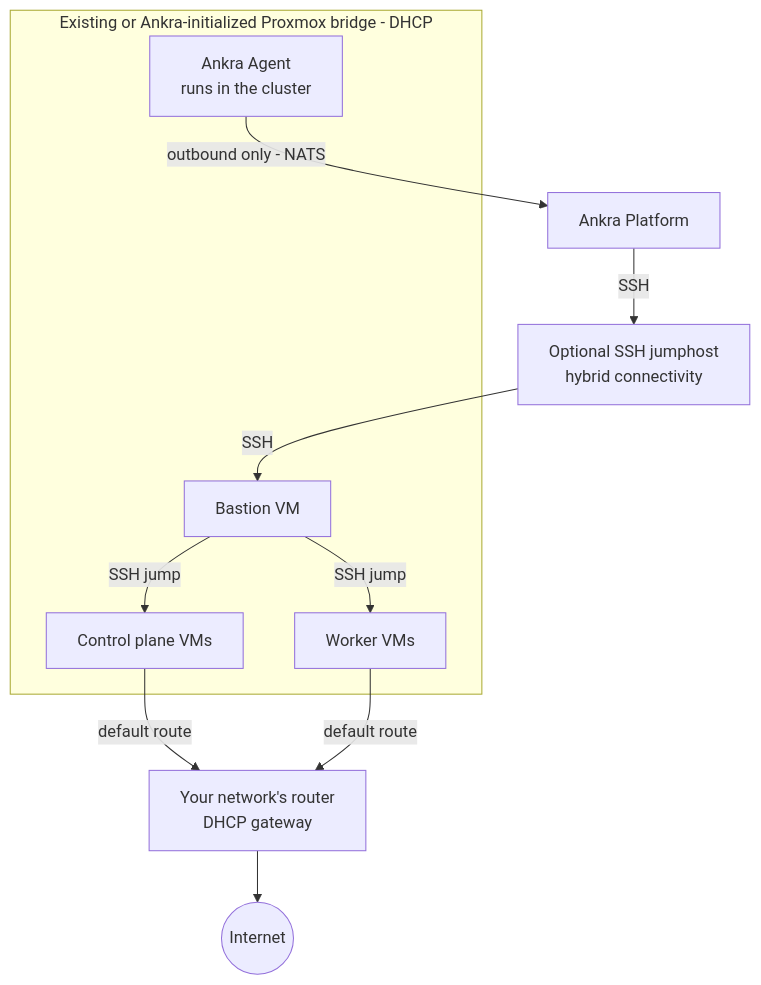
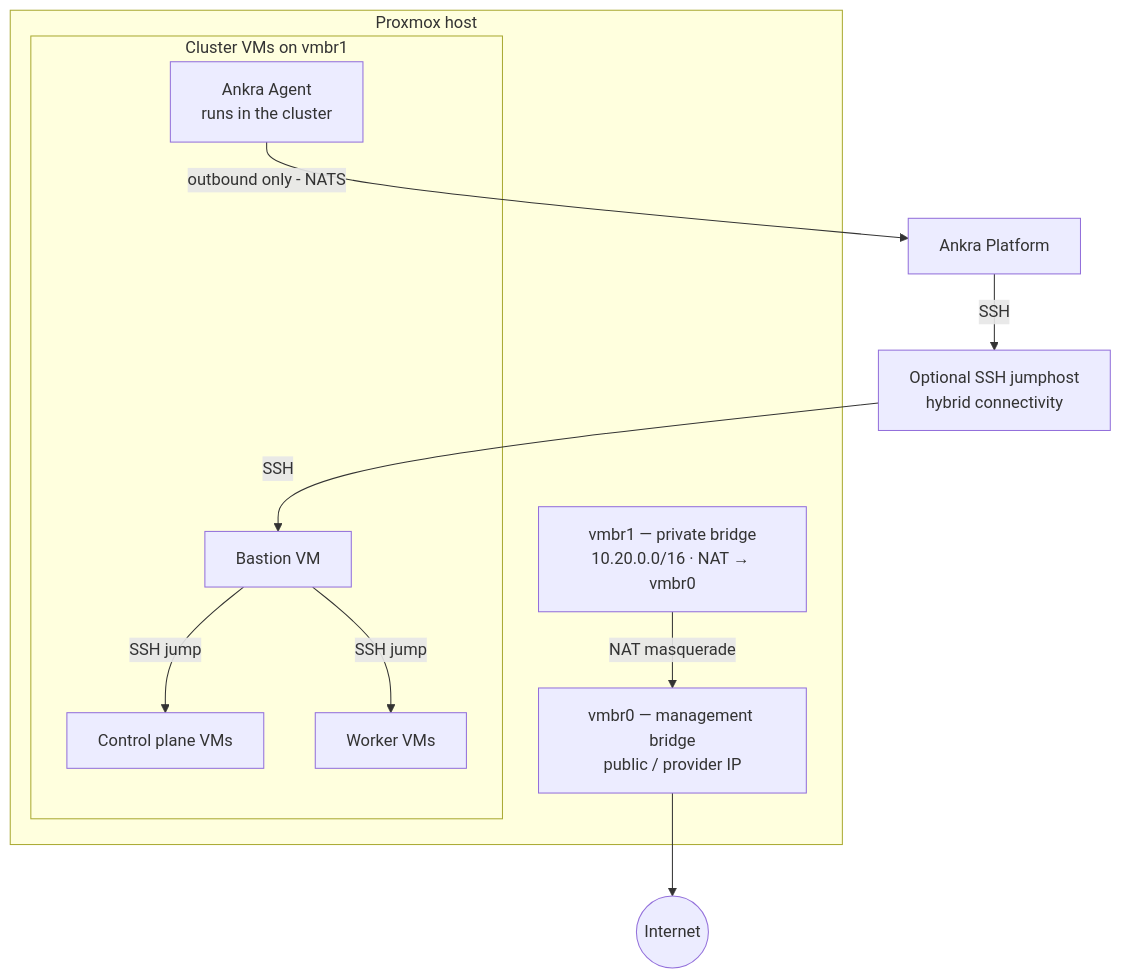
One commit to ankraio/ankra-docs changed the diagram in guides/proxmox-clusters.mdx. Above: the diagram before and after it, drawn with Mermaid. The commit also changed other lines of this file, not shown here.

First line of the commit message:
docs(proxmox): document private bridge, NAT setup, and cloud-init template creation

````diff
--- a/guides/proxmox-clusters.mdx
+++ b/guides/proxmox-clusters.mdx
@@ -397,23 +452,25 @@
 ```mermaid
 flowchart TB
     Platform[Ankra Platform]
     Jumphost[Optional SSH jumphost<br/>hybrid connectivity]
-    Router[Your network's router<br/>DHCP gateway]
     Internet((Internet))
 
-    subgraph Bridge [Existing or Ankra-initialized Proxmox bridge - DHCP]
-        Bastion[Bastion VM]
-        CP[Control plane VMs]
-        Workers[Worker VMs]
-        Agent[Ankra Agent<br/>runs in the cluster]
+    subgraph Host [Proxmox host]
+        vmbr0[vmbr0 — management bridge<br/>public / provider IP]
+        vmbr1[vmbr1 — private bridge<br/>10.20.0.0/16 · NAT → vmbr0]
+        subgraph Private [Cluster VMs on vmbr1]
+            Bastion[Bastion VM]
+            CP[Control plane VMs]
+            Workers[Worker VMs]
+            Agent[Ankra Agent<br/>runs in the cluster]
+        end
     end
 
     Platform -->|SSH| Jumphost
     Jumphost -->|SSH| Bastion
     Bastion -->|SSH jump| CP
     Bastion -->|SSH jump| Workers
     Agent -->|outbound only - NATS| Platform
-    CP -->|default route| Router
-    Workers -->|default route| Router
-    Router --> Internet
+    vmbr1 -->|NAT masquerade| vmbr0
+    vmbr0 --> Internet
 ```
````
